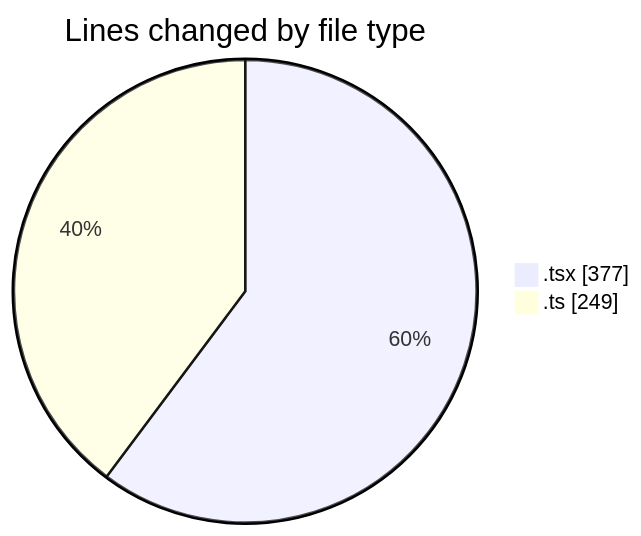
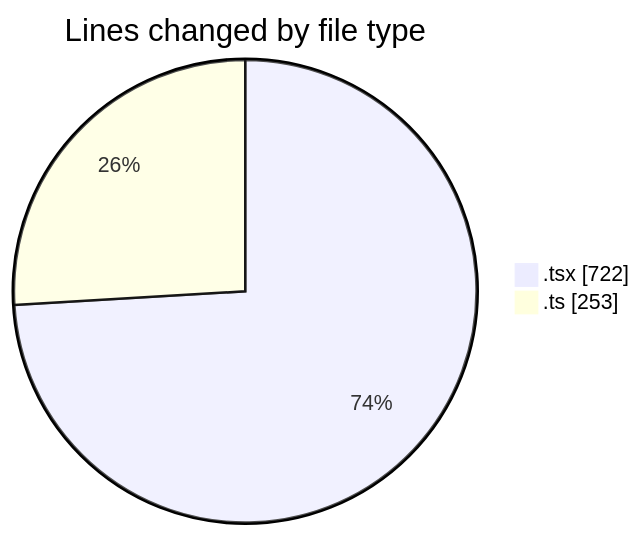
The first of 2 diagrams in 2025-10-16/eventscop-frontend-guide__workspace_/README.md (julien-gomy/code-tracking), drawn with Mermaid before and after one commit. The commit also changed other lines of this file and 1 other file, not shown here.

````diff
--- a/2025-10-16/eventscop-frontend-guide__workspace_/README.md
+++ b/2025-10-16/eventscop-frontend-guide__workspace_/README.md
@@ -26,6 +27,6 @@
 ```mermaid
 pie showData
 title Lines changed by file type
-".tsx" : 377
-".ts" : 249
+".tsx" : 722
+".ts" : 253
 ```
````
